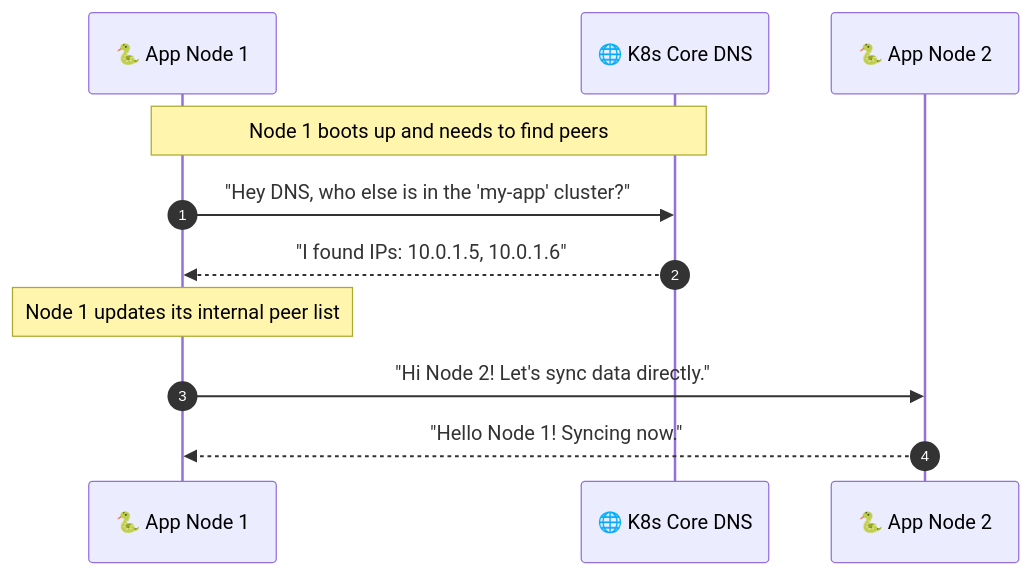
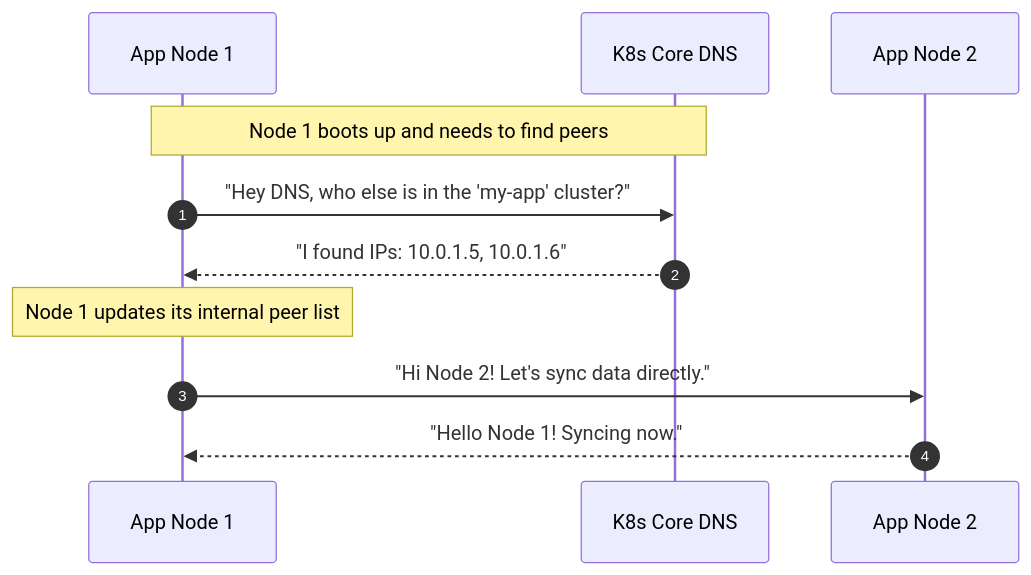
Before and after one commit to Sat-14/K8s-Peer-Discovery: the diagram in README.md, drawn with Mermaid. The commit also changed other lines of this file, not shown here.

Commit message:
Remove emojis from README

````diff
--- a/README.md
+++ b/README.md
@@ -15,18 +15,18 @@
 ```mermaid
 sequenceDiagram
     %% Friendly styling
     autonumber
     
-    participant Node1 as 🐍 App Node 1
-    participant DNS as 🌐 K8s Core DNS
-    participant Node2 as 🐍 App Node 2
+    participant Node1 as  App Node 1
+    participant DNS as  K8s Core DNS
+    participant Node2 as  App Node 2
     
     Note over Node1,DNS: Node 1 boots up and needs to find peers
     Node1->>DNS: "Hey DNS, who else is in the 'my-app' cluster?"
     DNS-->>Node1: "I found IPs: 10.0.1.5, 10.0.1.6"
     
     Note over Node1: Node 1 updates its internal peer list
     
     Node1->>Node2: "Hi Node 2! Let's sync data directly."
     Node2-->>Node1: "Hello Node 1! Syncing now."
 ```
````
